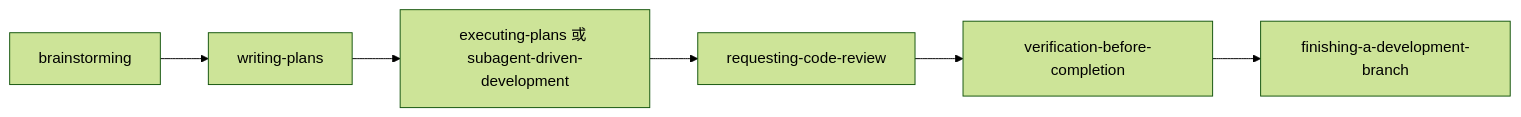
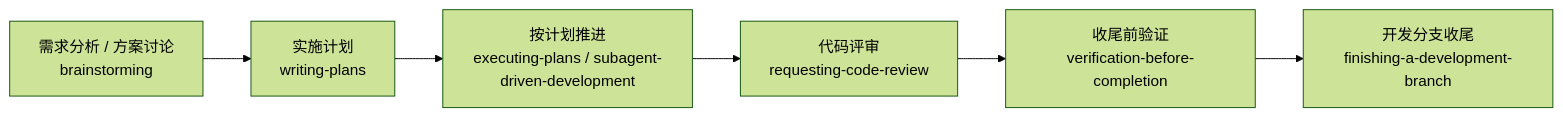
One commit to squallopen/superpowers-zh-adapters changed the diagram in docs/opencode-zh-prompts.md. Above: the diagram before and after it, drawn with Mermaid (forest theme). The commit also changed other lines of this file and 13 other files, not shown here.

Commit message:
Polish docs and add static README flow chart

````diff
--- a/docs/opencode-zh-prompts.md
+++ b/docs/opencode-zh-prompts.md
@@ -39,8 +53,8 @@
 ```mermaid
 flowchart LR
-    A["brainstorming"] --> B["writing-plans"]
-    B --> C["executing-plans 或 subagent-driven-development"]
-    C --> D["requesting-code-review"]
-    D --> E["verification-before-completion"]
-    E --> F["finishing-a-development-branch"]
+    A["需求分析 / 方案讨论<br/>brainstorming"] --> B["实施计划<br/>writing-plans"]
+    B --> C["按计划推进<br/>executing-plans / subagent-driven-development"]
+    C --> D["代码评审<br/>requesting-code-review"]
+    D --> E["收尾前验证<br/>verification-before-completion"]
+    E --> F["开发分支收尾<br/>finishing-a-development-branch"]
 ```
````
